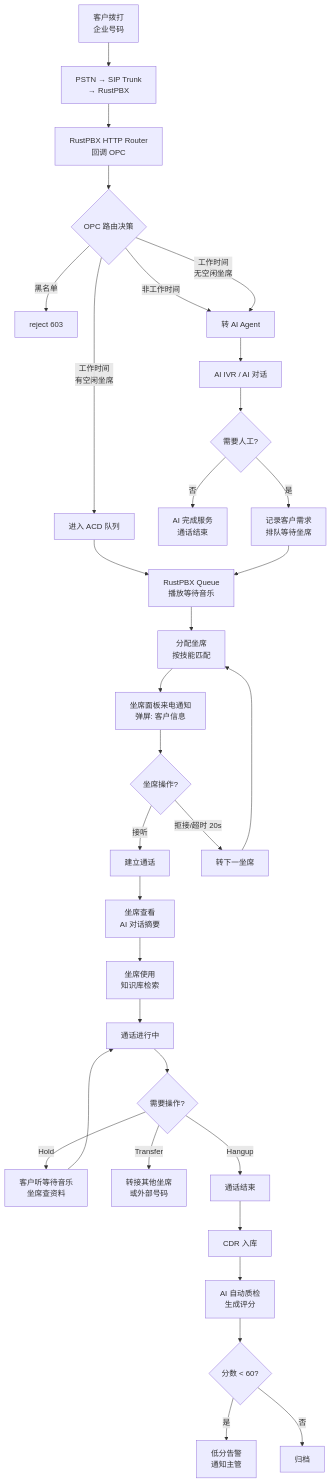
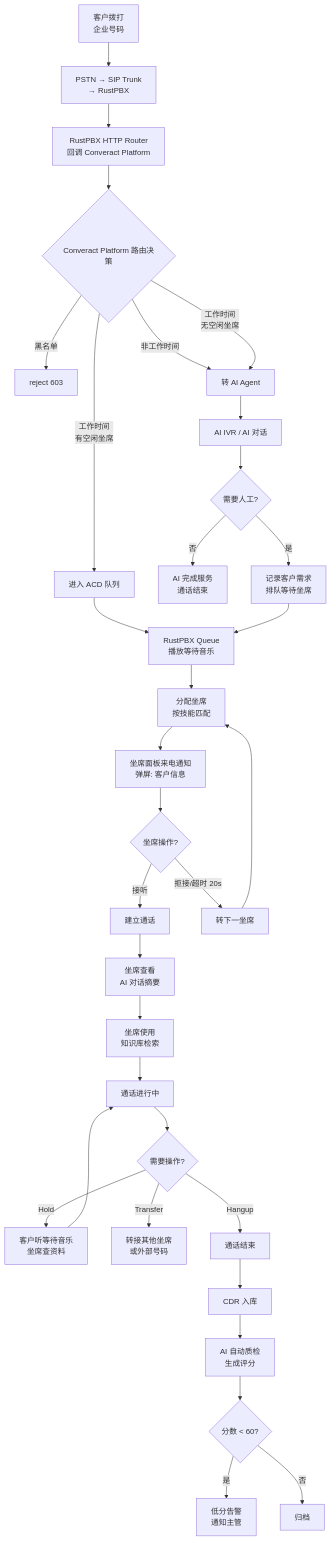
Before and after one commit to songgoldenwind-crypto/converact-platform: the third of 6 diagrams in docs/design/product-design.md, drawn with Mermaid. The commit also changed other lines of this file and 1807 other files, not shown here.

````diff
--- a/docs/design/product-design.md
+++ b/docs/design/product-design.md
@@ -607,42 +607,42 @@
 ```mermaid
 flowchart TD
     A[客户拨打\n企业号码] --> B[PSTN → SIP Trunk\n→ RustPBX]
-    B --> C[RustPBX HTTP Router\n回调 OPC]
-    C --> D{OPC 路由决策}
+    B --> C[RustPBX HTTP Router\n回调 Converact Platform]
+    C --> D{Converact Platform 路由决策}
 
     D -->|黑名单| E[reject 603]
     D -->|非工作时间| F[转 AI Agent]
     D -->|工作时间\n有空闲坐席| G[进入 ACD 队列]
     D -->|工作时间\n无空闲坐席| F
 
     F --> H[AI IVR / AI 对话]
     H --> I{需要人工?}
     I -->|否| J[AI 完成服务\n通话结束]
     I -->|是| K[记录客户需求\n排队等待坐席]
 
     G --> L[RustPBX Queue\n播放等待音乐]
     K --> L
     L --> M[分配坐席\n按技能匹配]
     M --> N[坐席面板来电通知\n弹屏: 客户信息]
     N --> O{坐席操作?}
 
     O -->|接听| P[建立通话]
     O -->|拒接/超时 20s| Q[转下一坐席]
     Q --> M
 
     P --> R[坐席查看\nAI 对话摘要]
     R --> S[坐席使用\n知识库检索]
     S --> T[通话进行中]
     T --> U{需要操作?}
 
     U -->|Hold| V[客户听等待音乐\n坐席查资料]
     V --> T
     U -->|Transfer| W[转接其他坐席\n或外部号码]
     U -->|Hangup| X[通话结束]
 
     X --> Y[CDR 入库]
     Y --> Z[AI 自动质检\n生成评分]
     Z --> AA{分数 < 60?}
     AA -->|是| AB[低分告警\n通知主管]
     AA -->|否| AC[归档]
 ```
````
